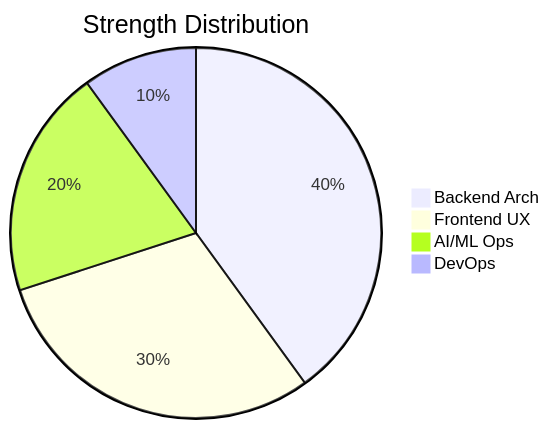
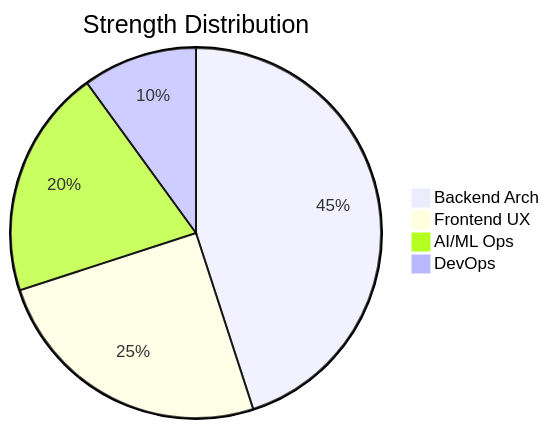
Before and after one commit to Sarthak-Shreshtha01/Sarthak-Shreshtha01: the first of 4 diagrams in README.md, drawn with Mermaid. The commit also changed other lines of this file, not shown here.

````diff
--- a/README.md
+++ b/README.md
@@ -100,7 +133,7 @@
 ```mermaid
 pie title Strength Distribution
-    "Backend Arch" : 40
-    "Frontend UX" : 30
+    "Backend Arch" : 45
+    "Frontend UX" : 25
     "AI/ML Ops" : 20
     "DevOps" : 10
 ```
````
